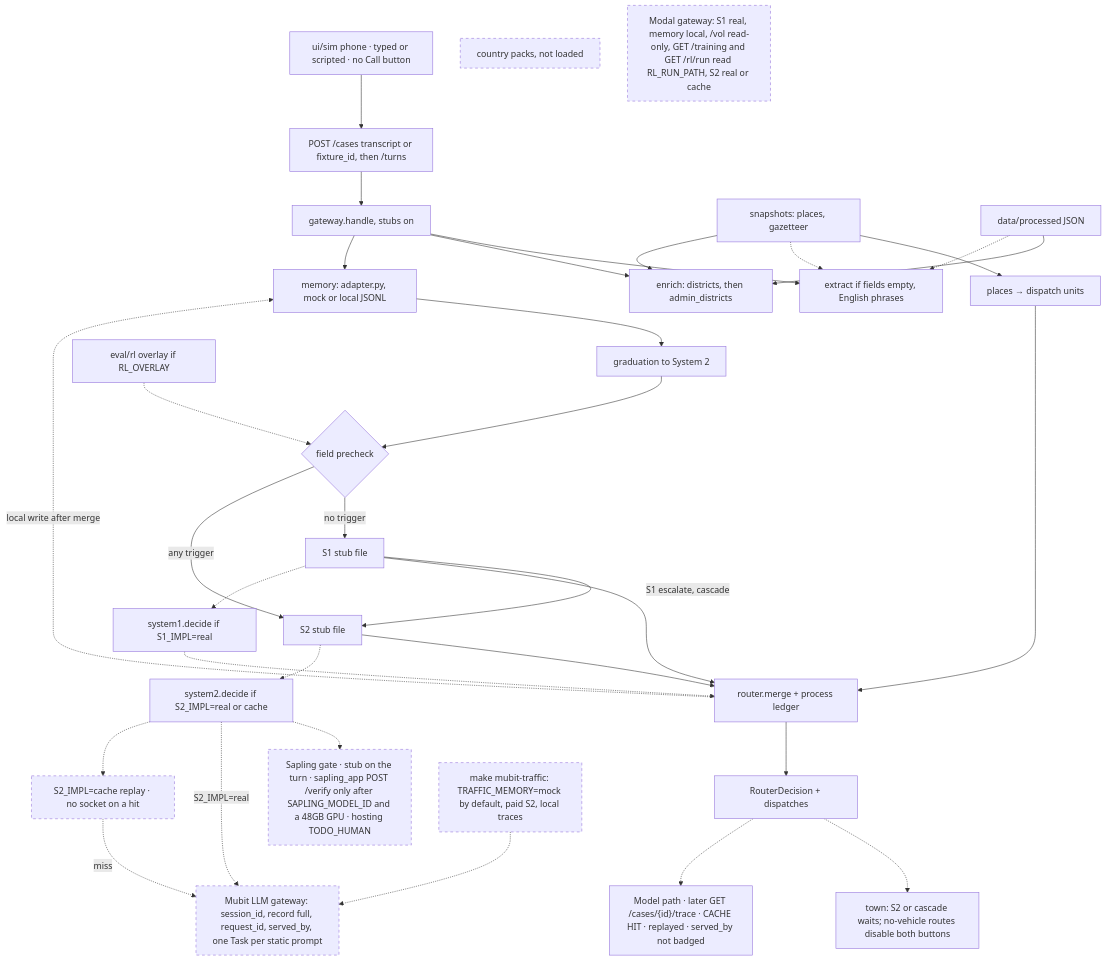
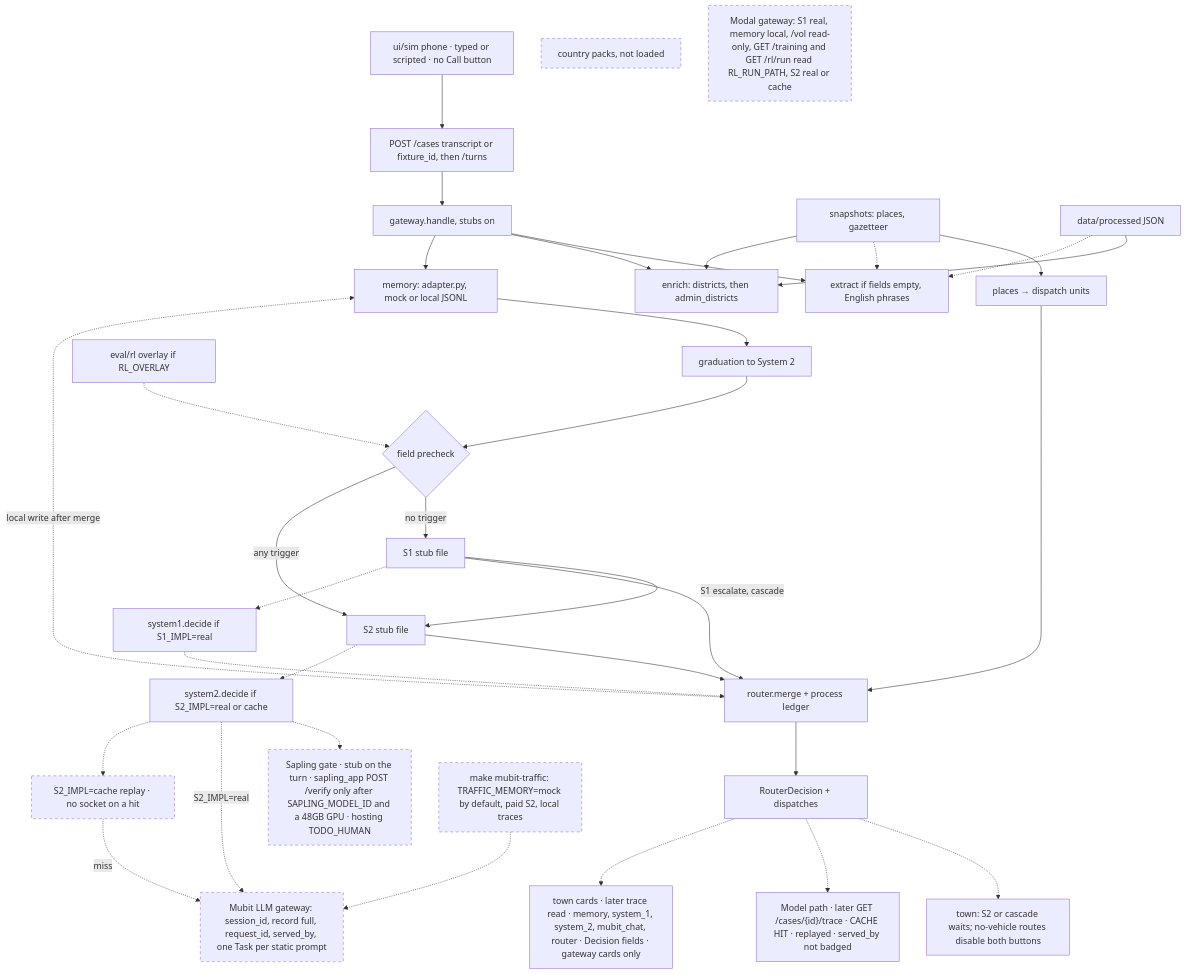
Before and after one commit to melaniepreen/Baan-Safe: the first of 3 diagrams in BaanSafe_Revised_Architecture.md, drawn with Mermaid. The commit also changed other lines of this file and 2 other files, not shown here.

First line of the commit message:
docs: refresh architecture diagram (70f0451)

````diff
--- a/BaanSafe_Revised_Architecture.md
+++ b/BaanSafe_Revised_Architecture.md
@@ -20,38 +20,39 @@
 ```mermaid
 flowchart TD
   classDef unwired stroke-dasharray: 5 5
   phone["ui/sim phone · typed or scripted · no Call button"] --> turns["POST /cases transcript or fixture_id, then /turns"]
   turns --> gw["gateway.handle, stubs on"]
   gw --> extract["extract if fields empty, English phrases"]
   gw --> enrich["enrich: districts, then admin_districts"]
   gw --> mem["memory: adapter.py, mock or local JSONL"]
   mem --> grad["graduation to System 2"]
   grad --> pick{"field precheck"}
   pick -->|no trigger| s1["S1 stub file"]
   pick -->|any trigger| s2["S2 stub file"]
   s1 -->|"S1 escalate, cascade"| s2
   ov["eval/rl overlay if RL_OVERLAY"] -.-> pick
   s1 --> merge["router.merge + process ledger"]
   s2 --> merge
   merge -.->|"local write after merge"| mem
   snap["snapshots: places, gazetteer"] --> places["places → dispatch units"]
   places --> merge
   proc["data/processed JSON"] --> enrich
   proc -.-> extract
   snap -.-> extract
   snap --> enrich
   merge --> out["RouterDecision + dispatches"]
   out -.-> hold["town: S2 or cascade waits; no-vehicle routes disable both buttons"]
   out -.-> path["Model path · later GET /cases/{id}/trace · CACHE HIT · replayed · served_by not badged"]
+  out -.-> cards["town cards · later trace read · memory, system_1, system_2, mubit_chat, router · Decision fields · gateway cards only"]
   s1 -.-> rules["system1.decide if S1_IMPL=real"]
   rules -.-> merge
   s2 -.-> s2d["system2.decide if S2_IMPL=real or cache"]
   s2d -.-> sap["Sapling gate · stub on the turn · sapling_app POST /verify only after SAPLING_MODEL_ID and a 48GB GPU · hosting TODO_HUMAN"]:::unwired
   s2d -.->|"S2_IMPL=real"| llm["Mubit LLM gateway: session_id, record full, request_id, served_by, one Task per static prompt"]:::unwired
   s2d -.-> scache["S2_IMPL=cache replay · no socket on a hit"]:::unwired
   scache -.->|"miss"| llm
   traffic["make mubit-traffic: TRAFFIC_MEMORY=mock by default, paid S2, local traces"]:::unwired
   traffic -.-> llm
   packs["country packs, not loaded"]:::unwired
   modal["Modal gateway: S1 real, memory local, /vol read-only, GET /training and GET /rl/run read RL_RUN_PATH, S2 real or cache"]:::unwired
 ```
````
